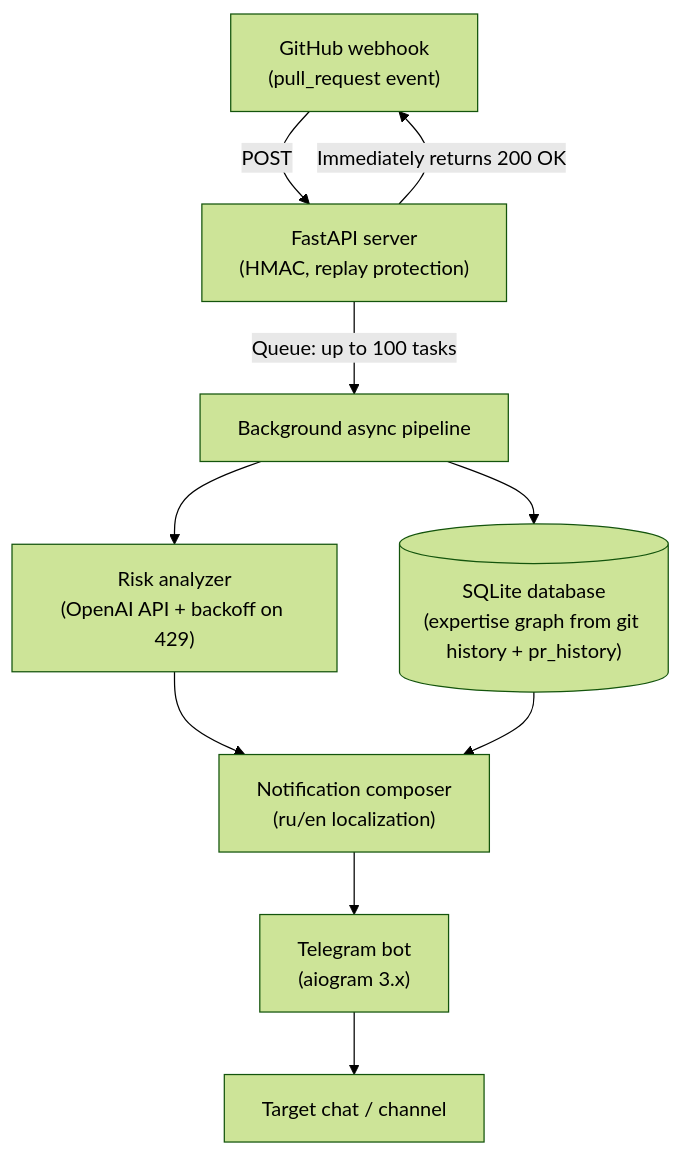
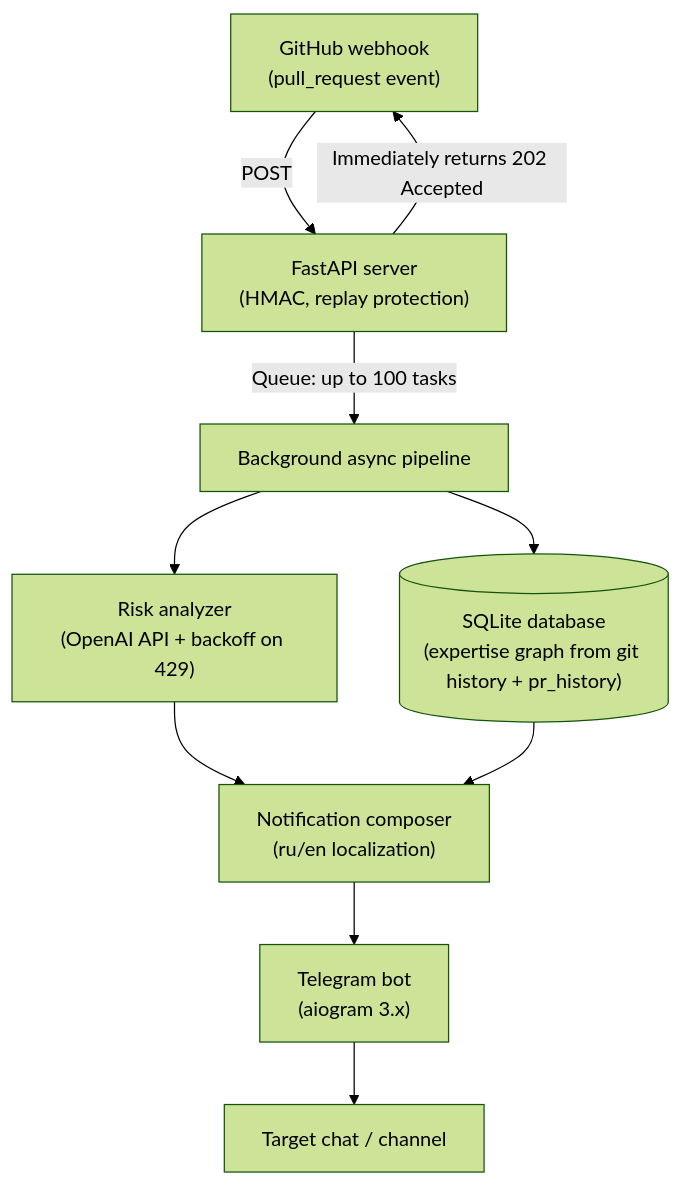
One commit to Undy19/PR-Sentinel changed the diagram in README.md. Above: the diagram before and after it, drawn with Mermaid (forest theme). The commit also changed other lines of this file and 19 other files, not shown here.

````diff
--- a/README.md
+++ b/README.md
@@ -27,15 +27,15 @@
 ```mermaid
 graph TD
     A["GitHub webhook<br/>(pull_request event)"] -->|POST| B["FastAPI server<br/>(HMAC, replay protection)"]
-    B -->|Immediately returns 200 OK| A
+    B -->|Immediately returns 202 Accepted| A
     B -->|Queue: up to 100 tasks| C["Background async pipeline"]
 
     C --> D["Risk analyzer<br/>(OpenAI API + backoff on 429)"]
     C --> E[("SQLite database<br/>(expertise graph from git history + pr_history)")]
 
     D --> F["Notification composer<br/>(ru/en localization)"]
     E --> F
 
     F --> G["Telegram bot<br/>(aiogram 3.x)"]
     G --> H["Target chat / channel"]
 ```
````
